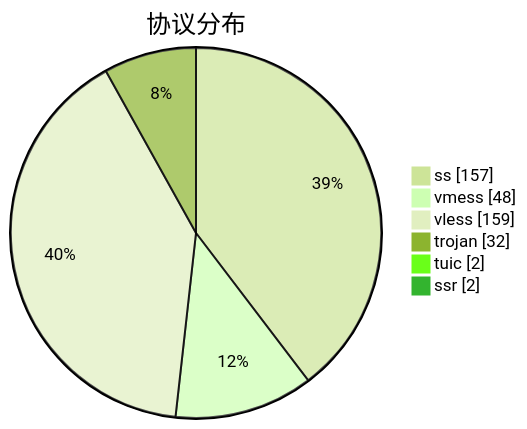
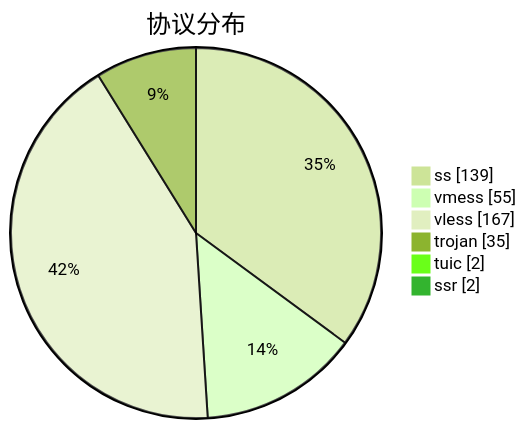
One commit to qjlxg/airport changed the third of 3 diagrams in subs/statistics/tested_within.md. Above: the diagram before and after it, drawn with Mermaid (forest theme). The commit also changed other lines of this file and 2 other files, not shown here.

````diff
--- a/subs/statistics/tested_within.md
+++ b/subs/statistics/tested_within.md
@@ -34,10 +35,10 @@
 ```mermaid
 pie showData
 title 协议分布
-"ss" : 157
-"vmess" : 48
-"vless" : 159
-"trojan" : 32
+"ss" : 139
+"vmess" : 55
+"vless" : 167
+"trojan" : 35
 "tuic" : 2
 "ssr" : 2
 ```
````
